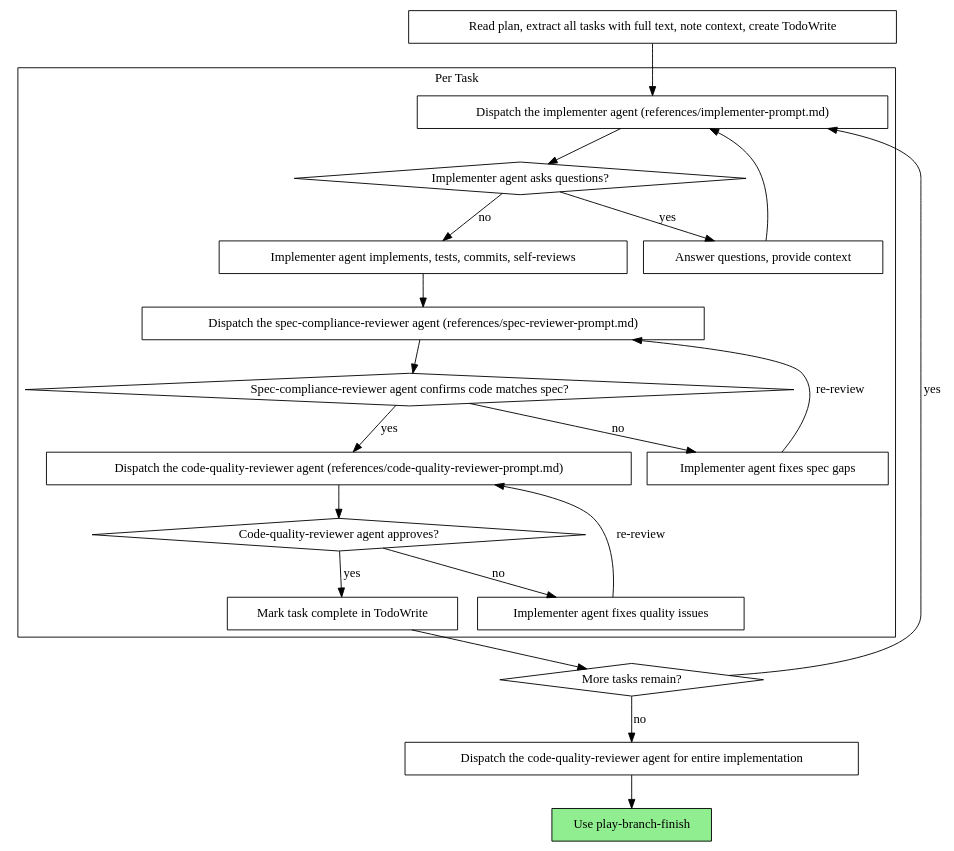
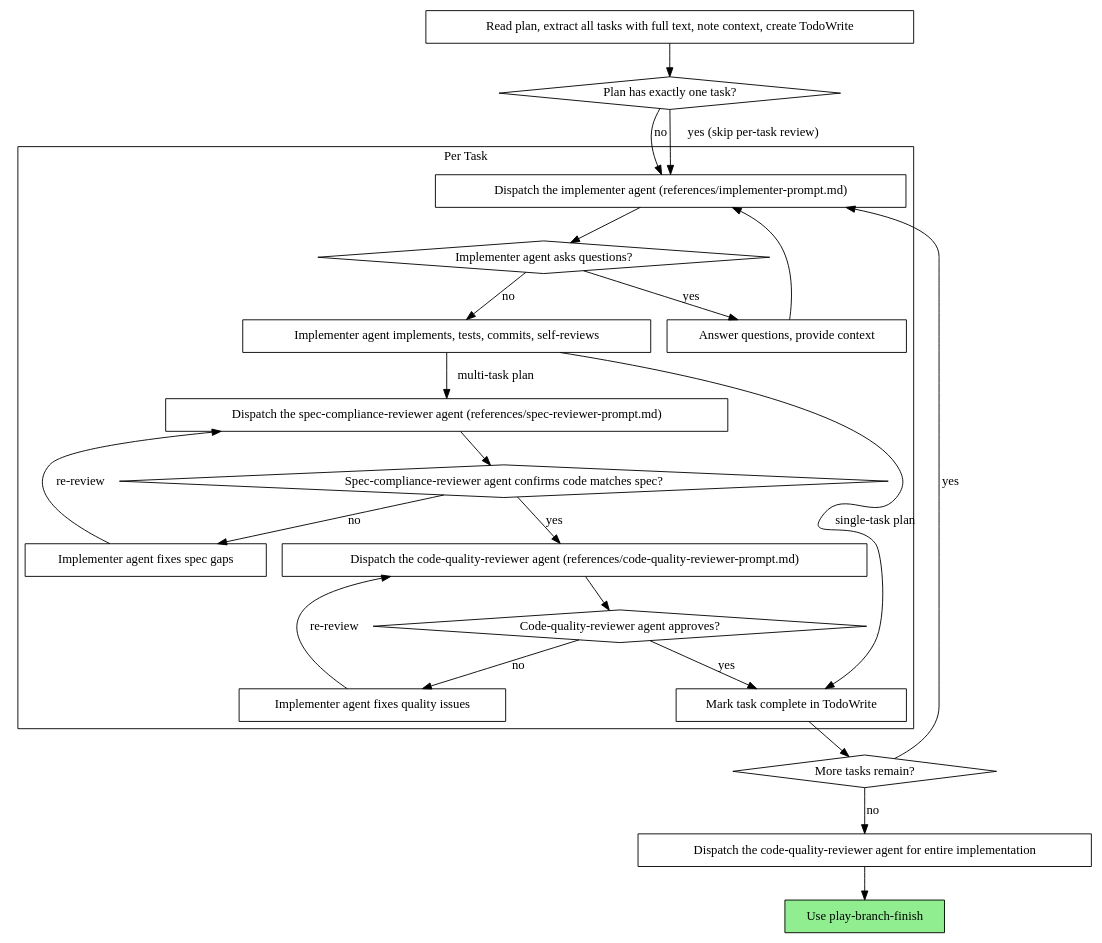
Before and after one commit to ryumiel/devcanon: the second of 2 diagrams in skills/play-subagent-execution/SKILL.md, drawn with Graphviz. The commit also changed other lines of this file and 1 other file, not shown here.

First line of the commit message:
refactor(skills): skip per-task review for single-task plans

````diff
--- a/skills/play-subagent-execution/SKILL.md
+++ b/skills/play-subagent-execution/SKILL.md
@@ -43,44 +43,48 @@
 ```dot
 digraph process {
     rankdir=TB;
 
     subgraph cluster_per_task {
         label="Per Task";
         "Dispatch the implementer agent (references/implementer-prompt.md)" [shape=box];
         "Implementer agent asks questions?" [shape=diamond];
         "Answer questions, provide context" [shape=box];
         "Implementer agent implements, tests, commits, self-reviews" [shape=box];
         "Dispatch the spec-compliance-reviewer agent (references/spec-reviewer-prompt.md)" [shape=box];
         "Spec-compliance-reviewer agent confirms code matches spec?" [shape=diamond];
         "Implementer agent fixes spec gaps" [shape=box];
         "Dispatch the code-quality-reviewer agent (references/code-quality-reviewer-prompt.md)" [shape=box];
         "Code-quality-reviewer agent approves?" [shape=diamond];
         "Implementer agent fixes quality issues" [shape=box];
         "Mark task complete in TodoWrite" [shape=box];
     }
 
     "Read plan, extract all tasks with full text, note context, create TodoWrite" [shape=box];
+    "Plan has exactly one task?" [shape=diamond];
     "More tasks remain?" [shape=diamond];
     "Dispatch the code-quality-reviewer agent for entire implementation" [shape=box];
     "Use play-branch-finish" [shape=box style=filled fillcolor=lightgreen];
 
-    "Read plan, extract all tasks with full text, note context, create TodoWrite" -> "Dispatch the implementer agent (references/implementer-prompt.md)";
+    "Read plan, extract all tasks with full text, note context, create TodoWrite" -> "Plan has exactly one task?";
+    "Plan has exactly one task?" -> "Dispatch the implementer agent (references/implementer-prompt.md)" [label="no"];
+    "Plan has exactly one task?" -> "Dispatch the implementer agent (references/implementer-prompt.md)" [label="yes (skip per-task review)"];
     "Dispatch the implementer agent (references/implementer-prompt.md)" -> "Implementer agent asks questions?";
     "Implementer agent asks questions?" -> "Answer questions, provide context" [label="yes"];
     "Answer questions, provide context" -> "Dispatch the implementer agent (references/implementer-prompt.md)";
     "Implementer agent asks questions?" -> "Implementer agent implements, tests, commits, self-reviews" [label="no"];
-    "Implementer agent implements, tests, commits, self-reviews" -> "Dispatch the spec-compliance-reviewer agent (references/spec-reviewer-prompt.md)";
+    "Implementer agent implements, tests, commits, self-reviews" -> "Mark task complete in TodoWrite" [label="single-task plan"];
+    "Implementer agent implements, tests, commits, self-reviews" -> "Dispatch the spec-compliance-reviewer agent (references/spec-reviewer-prompt.md)" [label="multi-task plan"];
     "Dispatch the spec-compliance-reviewer agent (references/spec-reviewer-prompt.md)" -> "Spec-compliance-reviewer agent confirms code matches spec?";
     "Spec-compliance-reviewer agent confirms code matches spec?" -> "Implementer agent fixes spec gaps" [label="no"];
     "Implementer agent fixes spec gaps" -> "Dispatch the spec-compliance-reviewer agent (references/spec-reviewer-prompt.md)" [label="re-review"];
     "Spec-compliance-reviewer agent confirms code matches spec?" -> "Dispatch the code-quality-reviewer agent (references/code-quality-reviewer-prompt.md)" [label="yes"];
     "Dispatch the code-quality-reviewer agent (references/code-quality-reviewer-prompt.md)" -> "Code-quality-reviewer agent approves?";
     "Code-quality-reviewer agent approves?" -> "Implementer agent fixes quality issues" [label="no"];
     "Implementer agent fixes quality issues" -> "Dispatch the code-quality-reviewer agent (references/code-quality-reviewer-prompt.md)" [label="re-review"];
     "Code-quality-reviewer agent approves?" -> "Mark task complete in TodoWrite" [label="yes"];
     "Mark task complete in TodoWrite" -> "More tasks remain?";
     "More tasks remain?" -> "Dispatch the implementer agent (references/implementer-prompt.md)" [label="yes"];
     "More tasks remain?" -> "Dispatch the code-quality-reviewer agent for entire implementation" [label="no"];
     "Dispatch the code-quality-reviewer agent for entire implementation" -> "Use play-branch-finish";
 }
 ```
````
